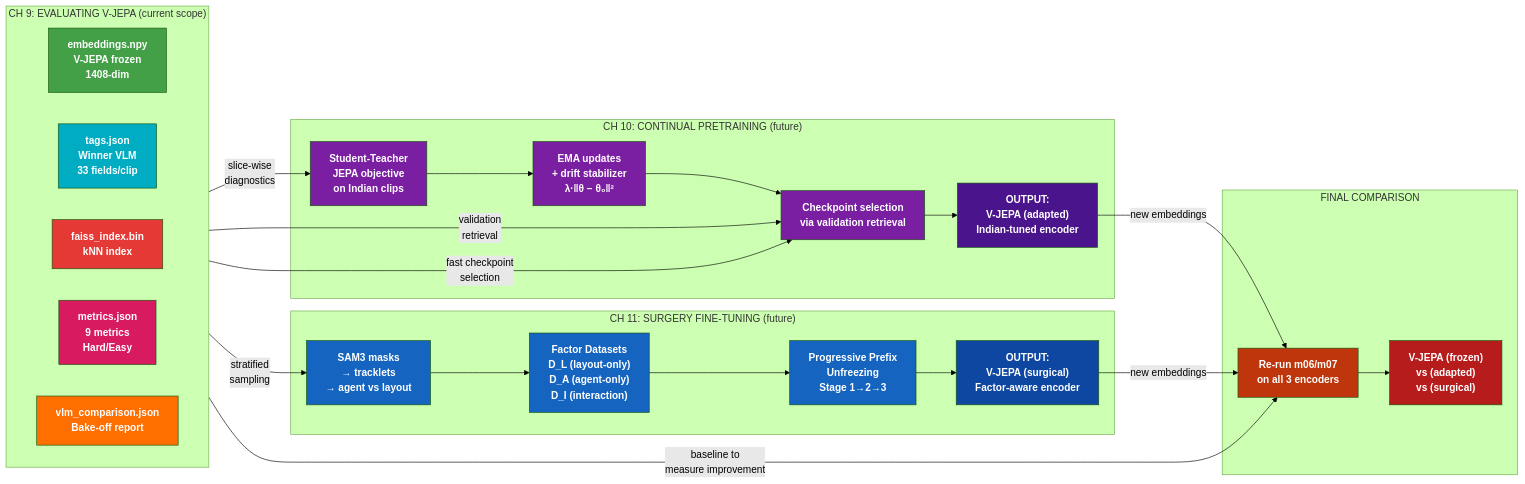
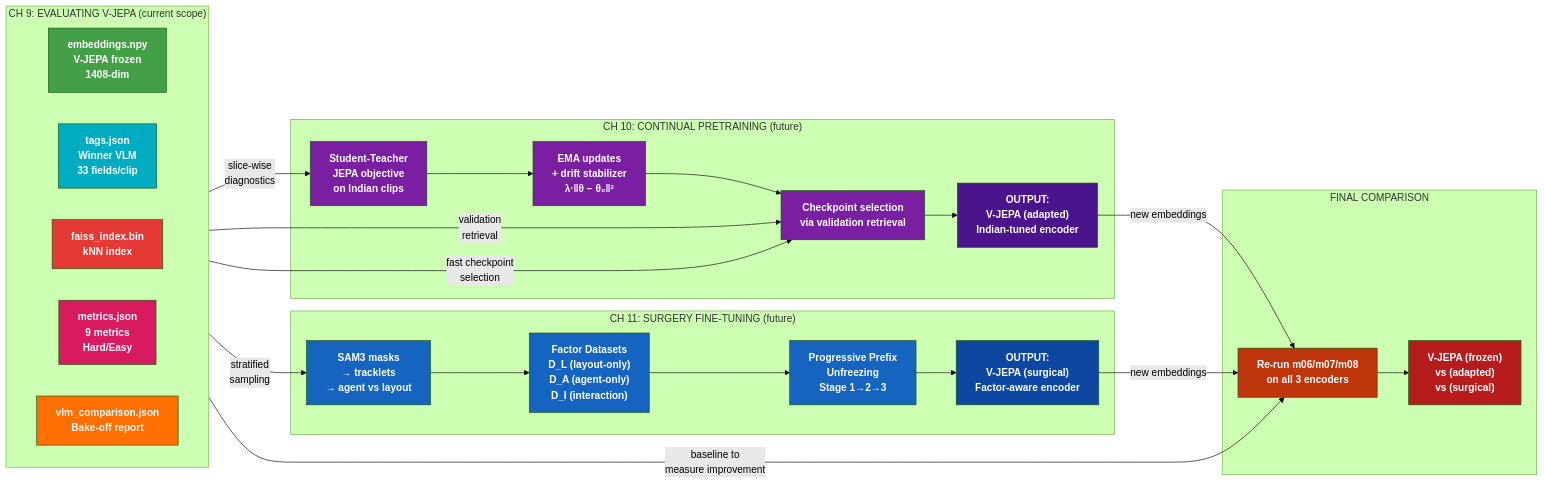
The second of 2 diagrams in iter/iter6/plan_HIGH_LEVEL.md (kapilw25/factorjepa), drawn with Mermaid (forest theme) before and after one commit. The commit also changed other lines of this file and 14 other files, not shown here.

````diff
--- a/iter/iter6/plan_HIGH_LEVEL.md
+++ b/iter/iter6/plan_HIGH_LEVEL.md
@@ -758,58 +763,58 @@
 ```mermaid
 flowchart LR
     subgraph CH9 ["CH 9: EVALUATING V-JEPA (current scope)"]
         direction LR
         A1["embeddings.npy<br>V-JEPA frozen<br>1408-dim"]
         A2["tags.json<br>Winner VLM<br>33 fields/clip"]
         A3["faiss_index.bin<br>kNN index"]
         A4["metrics.json<br>9 metrics<br>Hard/Easy"]
         A5["vlm_comparison.json<br>Bake-off report"]
     end
 
     subgraph CH10 ["CH 10: CONTINUAL PRETRAINING (future)"]
         B1["Student-Teacher<br>JEPA objective<br>on Indian clips"]
         B2["EMA updates<br>+ drift stabilizer<br>λ·‖θ − θ₀‖²"]
         B3["Checkpoint selection<br>via validation retrieval"]
         B4["OUTPUT:<br>V-JEPA (adapted)<br>Indian-tuned encoder"]
     end
 
     subgraph CH11 ["CH 11: SURGERY FINE-TUNING (future)"]
         C1["SAM3 masks<br>→ tracklets<br>→ agent vs layout"]
         C2["Factor Datasets<br>D_L (layout-only)<br>D_A (agent-only)<br>D_I (interaction)"]
         C3["Progressive Prefix<br>Unfreezing<br>Stage 1→2→3"]
         C4["OUTPUT:<br>V-JEPA (surgical)<br>Factor-aware encoder"]
     end
 
     subgraph COMPARE ["FINAL COMPARISON"]
-        D1["Re-run m06/m07<br>on all 3 encoders"]
+        D1["Re-run m06/m07/m08<br>on all 3 encoders"]
         D2["V-JEPA (frozen)<br>vs (adapted)<br>vs (surgical)"]
     end
 
     A1 -->|"validation<br>retrieval"| B3
     A2 -->|"slice-wise<br>diagnostics"| B1
     A3 -->|"fast checkpoint<br>selection"| B3
     B1 --> B2 --> B3 --> B4
 
     A2 -->|"stratified<br>sampling"| C1
     A4 -->|"baseline to<br>measure improvement"| D1
     C1 --> C2 --> C3 --> C4
     B4 -->|"new embeddings"| D1
     C4 -->|"new embeddings"| D1
     D1 --> D2
 
     style A1 fill:#43a047,color:#fff,font-weight:bold
     style A2 fill:#00acc1,color:#fff,font-weight:bold
     style A3 fill:#e53935,color:#fff,font-weight:bold
     style A4 fill:#d81b60,color:#fff,font-weight:bold
     style A5 fill:#ff6f00,color:#fff,font-weight:bold
     style B1 fill:#7b1fa2,color:#fff,font-weight:bold
     style B2 fill:#7b1fa2,color:#fff,font-weight:bold
     style B3 fill:#7b1fa2,color:#fff,font-weight:bold
     style B4 fill:#4a148c,color:#fff,font-weight:bold
     style C1 fill:#1565c0,color:#fff,font-weight:bold
     style C2 fill:#1565c0,color:#fff,font-weight:bold
     style C3 fill:#1565c0,color:#fff,font-weight:bold
     style C4 fill:#0d47a1,color:#fff,font-weight:bold
     style D1 fill:#bf360c,color:#fff,font-weight:bold
     style D2 fill:#b71c1c,color:#fff,font-weight:bold
 ```
````
